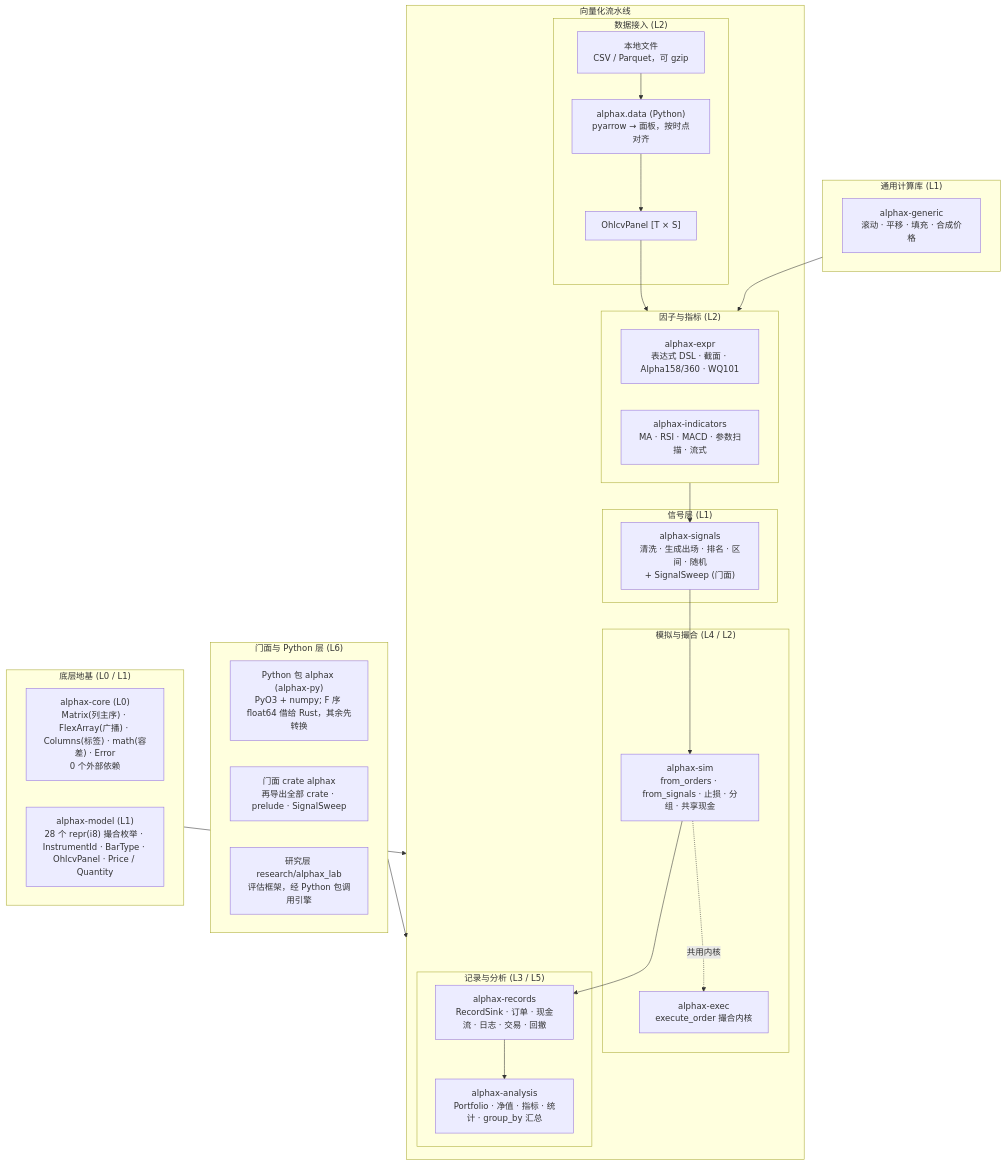
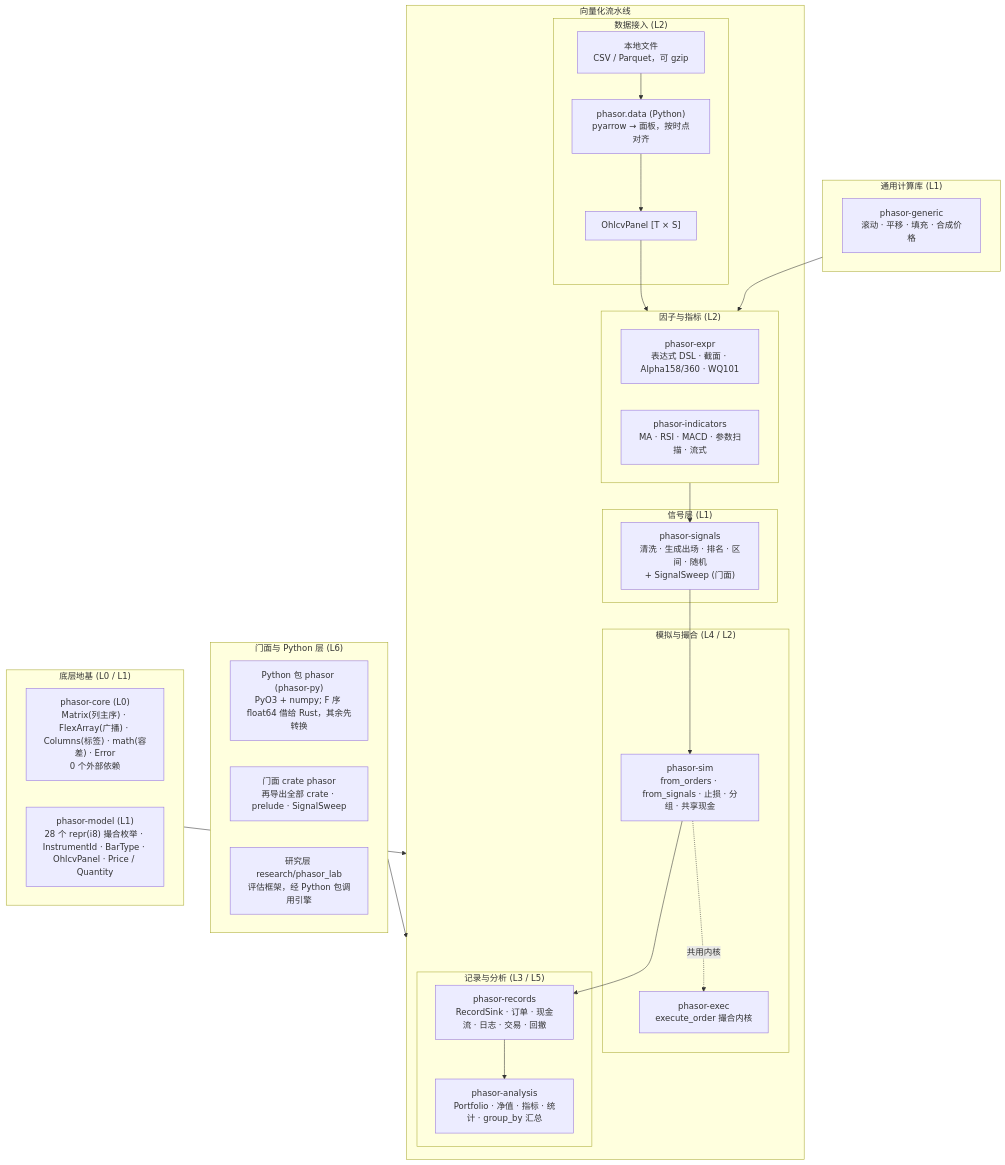
The first of 3 diagrams in docs/README.md (nivalume/alphax), drawn with Mermaid before and after one commit. The commit also changed other lines of this file and 37 other files, not shown here.

First line of the commit message:
feat(factor): add factor evaluation engine and Python bindings

````diff
--- a/docs/README.md
+++ b/docs/README.md
@@ -21,54 +21,54 @@
 ```mermaid
 flowchart TD
     subgraph Facade["门面与 Python 层 (L6)"]
-        Py["Python 包 alphax (alphax-py)<br/>PyO3 + numpy; F 序 float64 借给 Rust，其余先转换"]
-        Rs["门面 crate alphax<br/>再导出全部 crate · prelude · SignalSweep"]
-        Lab["研究层 research/alphax_lab<br/>评估框架，经 Python 包调用引擎"]
+        Py["Python 包 phasor (phasor-py)<br/>PyO3 + numpy; F 序 float64 借给 Rust，其余先转换"]
+        Rs["门面 crate phasor<br/>再导出全部 crate · prelude · SignalSweep"]
+        Lab["研究层 research/phasor_lab<br/>评估框架，经 Python 包调用引擎"]
     end
 
     subgraph Pipeline["向量化流水线"]
         subgraph Data["数据接入 (L2)"]
-            Raw["本地文件<br/>CSV / Parquet，可 gzip"] --> PData["alphax.data (Python)<br/>pyarrow → 面板，按时点对齐"]
+            Raw["本地文件<br/>CSV / Parquet，可 gzip"] --> PData["phasor.data (Python)<br/>pyarrow → 面板，按时点对齐"]
             PData --> Panel["OhlcvPanel [T × S]"]
         end
 
         subgraph Factors["因子与指标 (L2)"]
-            Expr["alphax-expr<br/>表达式 DSL · 截面 · Alpha158/360 · WQ101"]
-            Ind["alphax-indicators<br/>MA · RSI · MACD · 参数扫描 · 流式"]
+            Expr["phasor-expr<br/>表达式 DSL · 截面 · Alpha158/360 · WQ101"]
+            Ind["phasor-indicators<br/>MA · RSI · MACD · 参数扫描 · 流式"]
         end
 
         subgraph Signals["信号层 (L1)"]
-            Sig["alphax-signals<br/>清洗 · 生成出场 · 排名 · 区间 · 随机<br/>+ SignalSweep (门面)"]
+            Sig["phasor-signals<br/>清洗 · 生成出场 · 排名 · 区间 · 随机<br/>+ SignalSweep (门面)"]
         end
 
         subgraph Sim["模拟与撮合 (L4 / L2)"]
-            SimEngine["alphax-sim<br/>from_orders · from_signals · 止损 · 分组 · 共享现金"]
-            Kernel["alphax-exec<br/>execute_order 撮合内核"]
+            SimEngine["phasor-sim<br/>from_orders · from_signals · 止损 · 分组 · 共享现金"]
+            Kernel["phasor-exec<br/>execute_order 撮合内核"]
             SimEngine -.共用内核.-> Kernel
         end
 
         subgraph Records["记录与分析 (L3 / L5)"]
-            Rec["alphax-records<br/>RecordSink · 订单 · 现金流 · 日志 · 交易 · 回撤"]
-            Analysis["alphax-analysis<br/>Portfolio · 净值 · 指标 · 统计 · group_by 汇总"]
+            Rec["phasor-records<br/>RecordSink · 订单 · 现金流 · 日志 · 交易 · 回撤"]
+            Analysis["phasor-analysis<br/>Portfolio · 净值 · 指标 · 统计 · group_by 汇总"]
             SimEngine --> Rec
             Rec --> Analysis
         end
 
         Panel --> Factors
         Factors --> Sig
         Sig --> SimEngine
     end
 
     subgraph Generic["通用计算库 (L1)"]
-        Gen["alphax-generic<br/>滚动 · 平移 · 填充 · 合成价格"]
+        Gen["phasor-generic<br/>滚动 · 平移 · 填充 · 合成价格"]
     end
 
     subgraph Foundation["底层地基 (L0 / L1)"]
-        Core["alphax-core (L0)<br/>Matrix(列主序) · FlexArray(广播) · Columns(标签) · math(容差) · Error<br/>0 个外部依赖"]
-        Model["alphax-model (L1)<br/>28 个 repr(i8) 撮合枚举 · InstrumentId · BarType · OhlcvPanel · Price / Quantity"]
+        Core["phasor-core (L0)<br/>Matrix(列主序) · FlexArray(广播) · Columns(标签) · math(容差) · Error<br/>0 个外部依赖"]
+        Model["phasor-model (L1)<br/>28 个 repr(i8) 撮合枚举 · InstrumentId · BarType · OhlcvPanel · Price / Quantity"]
     end
 
     Foundation --> Pipeline
     Generic --> Factors
     Facade --> Pipeline
 ```
````
